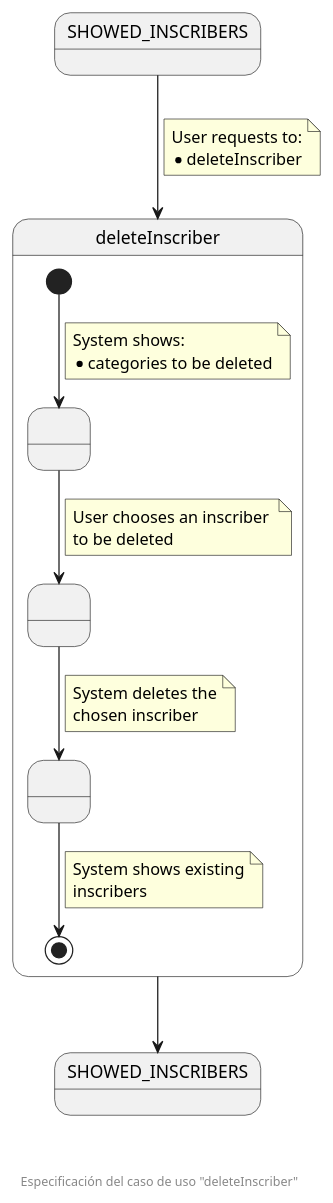
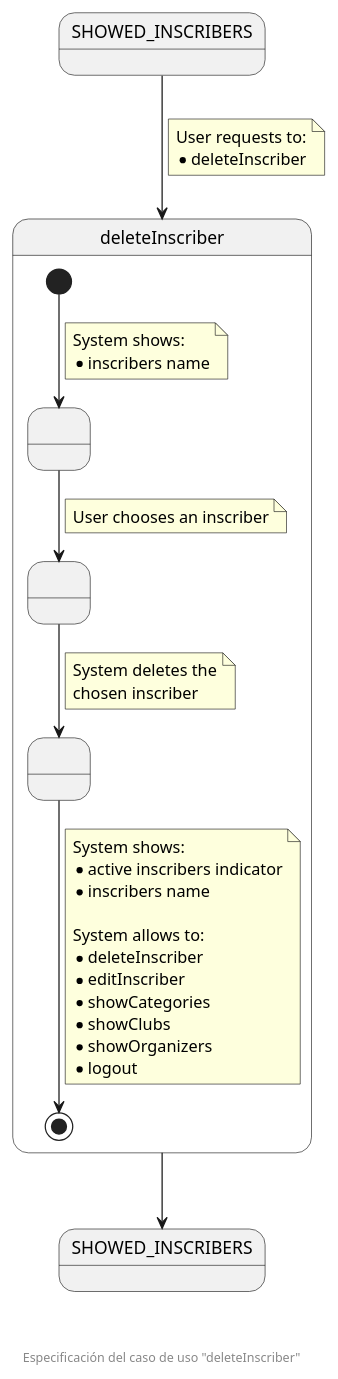
The diagram in documentation/diagrams/1_requirements/3_useCasesSpecification/organizationSecretary/11_deleteInscriber.puml (zuldare/mastercloud_pfm_halterocms), drawn with PlantUML before and after one commit.

Commit message:
Improve deleteInscriber use case specification

```diff
--- a/documentation/diagrams/1_requirements/3_useCasesSpecification/organizationSecretary/11_deleteInscriber.puml
+++ b/documentation/diagrams/1_requirements/3_useCasesSpecification/organizationSecretary/11_deleteInscriber.puml
@@ -1,45 +1,53 @@
 @startuml
 state SHOWED_INSCRIBERS
 
 state deleteInscriber {
   state " " as SHOWED_INSCRIBERS_TO_BE_DELETED
   state " " as CHOSEN_INSCRIBER
   state " " as INSCRIBER_DELETED
 
   [*] --> SHOWED_INSCRIBERS_TO_BE_DELETED
   note on link
     System shows:
-    * categories to be deleted
+    * inscribers name
   end note
   
   SHOWED_INSCRIBERS_TO_BE_DELETED --> CHOSEN_INSCRIBER
   note on link
-    User chooses an inscriber 
-    to be deleted
+    User chooses an inscriber
   end note
 
   CHOSEN_INSCRIBER --> INSCRIBER_DELETED
   note on link
     System deletes the
     chosen inscriber
   end note
 
   INSCRIBER_DELETED --> [*]
   note on link
-    System shows existing
-    inscribers
+    System shows:
+    * active inscribers indicator
+    * inscribers name
+
+    System allows to:
+    * deleteInscriber
+    * editInscriber
+    * showCategories
+    * showClubs
+    * showOrganizers
+    * logout
   end note
 }
 
 state "SHOWED_INSCRIBERS" as SHOWED_INSCRIBERS_F
 
 SHOWED_INSCRIBERS --> deleteInscriber
 note on link
   User requests to:
   * deleteInscriber
 end note
 
 deleteInscriber --> SHOWED_INSCRIBERS_F
 
 footer \n\n\n Especificación del caso de uso "deleteInscriber"
 @enduml
```
